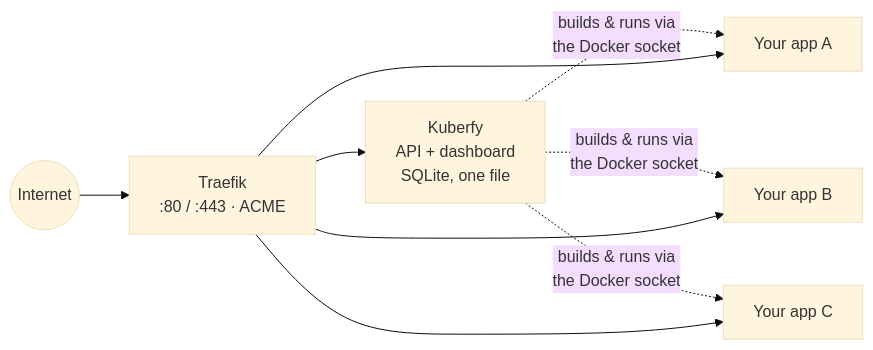
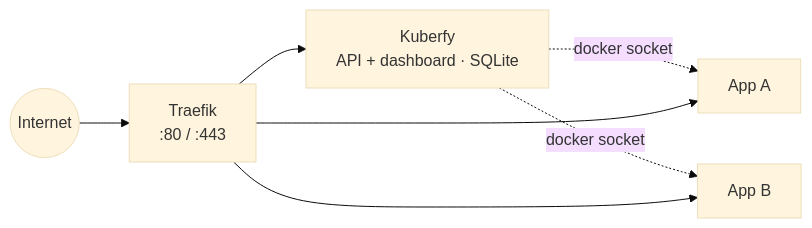
Before and after one commit to JoelVeloz/kuberfy: the diagram in README.md, drawn with Mermaid (base theme). The commit also changed other lines of this file, not shown here.

````diff
--- a/README.md
+++ b/README.md
@@ -121,11 +53,9 @@
 ```mermaid
 flowchart LR
-    U(("Internet")) --> T["Traefik\n:80 / :443 · ACME"]
-    T --> K["Kuberfy\nAPI + dashboard\nSQLite, one file"]
-    K -. builds & runs via\nthe Docker socket .-> A["Your app A"]
-    K -. builds & runs via\nthe Docker socket .-> B["Your app B"]
-    K -. builds & runs via\nthe Docker socket .-> C["Your app C"]
+    U(("Internet")) --> T["Traefik\n:80 / :443"]
+    T --> K["Kuberfy\nAPI + dashboard · SQLite"]
+    K -. docker socket .-> A["App A"]
+    K -. docker socket .-> B["App B"]
     T --> A
     T --> B
-    T --> C
 ```
````
